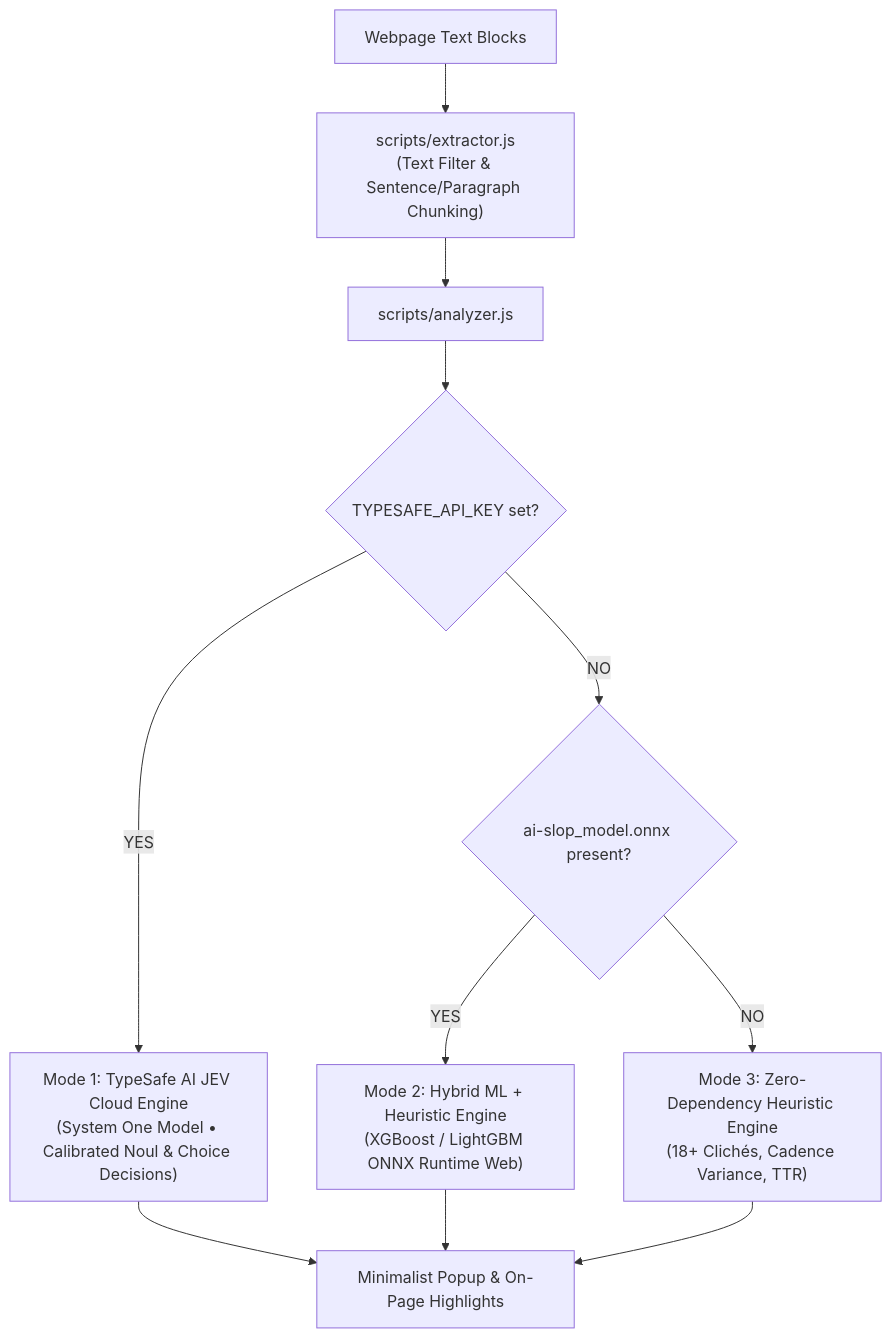
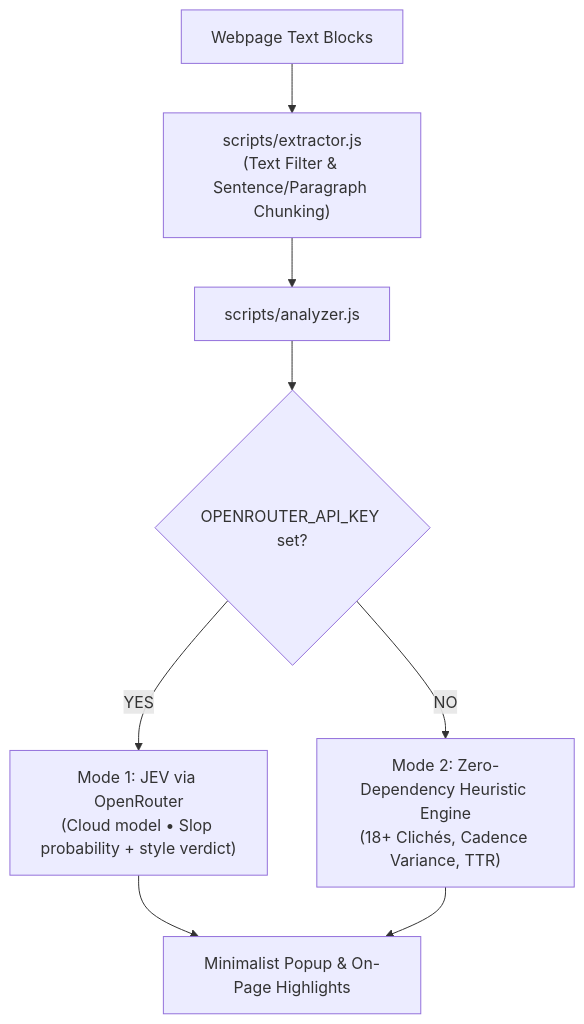
The diagram in README.md (KrisnaWipayana/is-it-ai-slop), drawn with Mermaid before and after one commit. The commit also changed other lines of this file, not shown here.

Commit message:
chore: jev model updates

````diff
--- a/README.md
+++ b/README.md
@@ -11,13 +11,10 @@
 ```mermaid
 flowchart TD
     A["Webpage Text Blocks"] --> B["scripts/extractor.js<br/>(Text Filter & Sentence/Paragraph Chunking)"]
     B --> C["scripts/analyzer.js"]
-    C --> D{"TYPESAFE_API_KEY set?"}
-    D -- "YES" --> E["Mode 1: TypeSafe AI JEV Cloud Engine<br/>(System One Model • Calibrated Noul & Choice Decisions)"]
-    D -- "NO" --> F{"ai-slop_model.onnx present?"}
-    F -- "YES" --> G["Mode 2: Hybrid ML + Heuristic Engine<br/>(XGBoost / LightGBM ONNX Runtime Web)"]
-    F -- "NO" --> H["Mode 3: Zero-Dependency Heuristic Engine<br/>(18+ Clichés, Cadence Variance, TTR)"]
+    C --> D{"OPENROUTER_API_KEY set?"}
+    D -- "YES" --> E["Mode 1: JEV via OpenRouter<br/>(Cloud model • Slop probability + style verdict)"]
+    D -- "NO" --> H["Mode 2: Zero-Dependency Heuristic Engine<br/>(18+ Clichés, Cadence Variance, TTR)"]
     E --> I["Minimalist Popup & On-Page Highlights"]
-    G --> I
     H --> I
 ```
````
